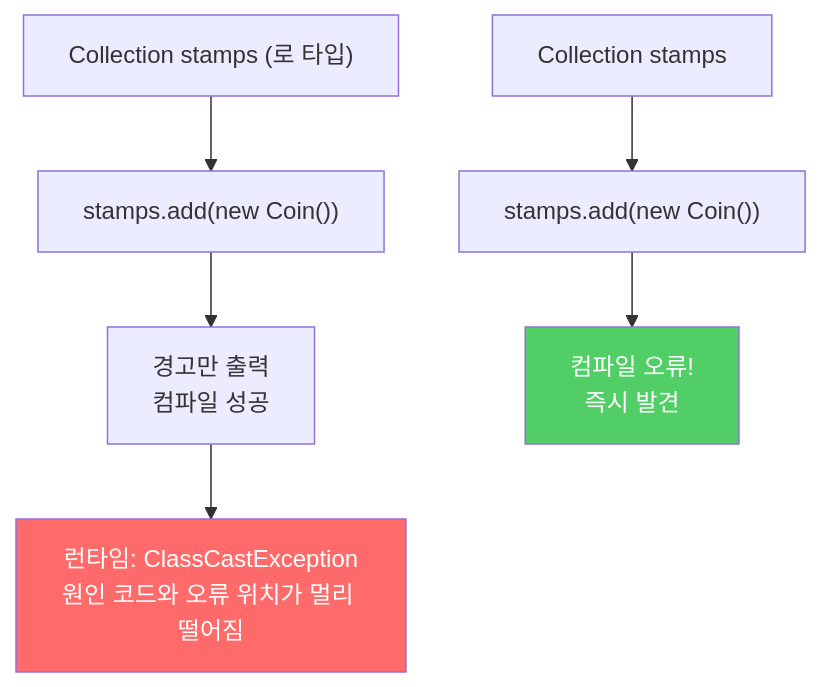
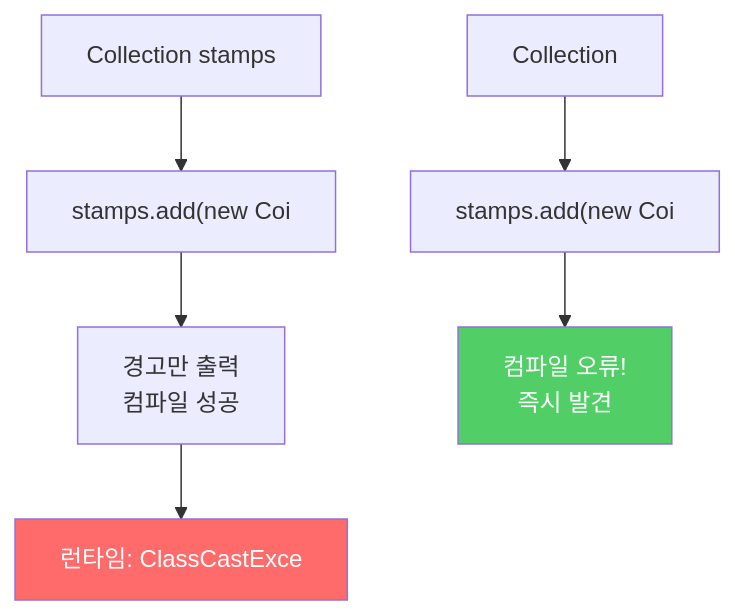
Before and after one commit to yjkim2015/yjkim2015.github.io: the first of 3 diagrams in _posts/java/2022-01-05-effective-java26.md, drawn with Mermaid. The commit also changed other lines of this file and 271 other files, not shown here.

First line of the commit message:
Mermaid 라벨 축소: 긴 노드 텍스트 18자 이하로 트림 + \n 제거

````diff
--- a/_posts/java/2022-01-05-effective-java26.md
+++ b/_posts/java/2022-01-05-effective-java26.md
@@ -55,10 +55,10 @@
 ```mermaid
 graph TD
-    A["Collection stamps (로 타입)"] --> B["stamps.add(new Coin())"]
+    A["Collection stamps"] --> B["stamps.add(new Coi"]
     B --> C["경고만 출력\n컴파일 성공"]
-    C --> D["런타임: ClassCastException\n원인 코드와 오류 위치가 멀리 떨어짐"]
-    E["Collection<Stamp> stamps"] --> F["stamps.add(new Coin())"]
+    C --> D["런타임: ClassCastExce"]
+    E["Collection<Stamp>"] --> F["stamps.add(new Coi"]
     F --> G["컴파일 오류!\n즉시 발견"]
     style D fill:#ff6b6b,color:#fff
     style G fill:#51cf66,color:#fff
 ```
````
